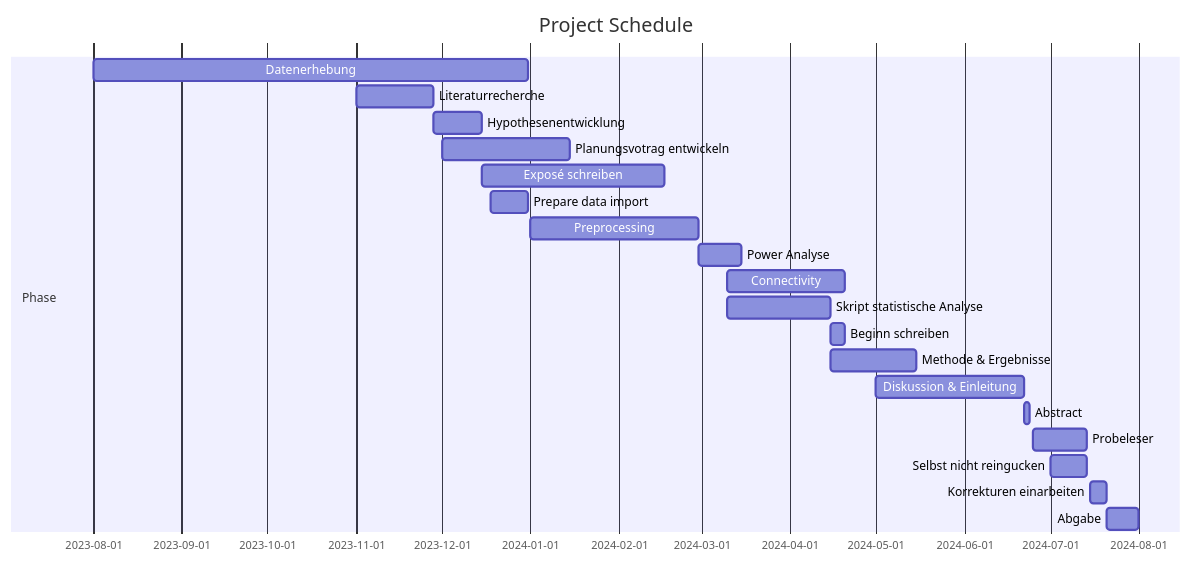
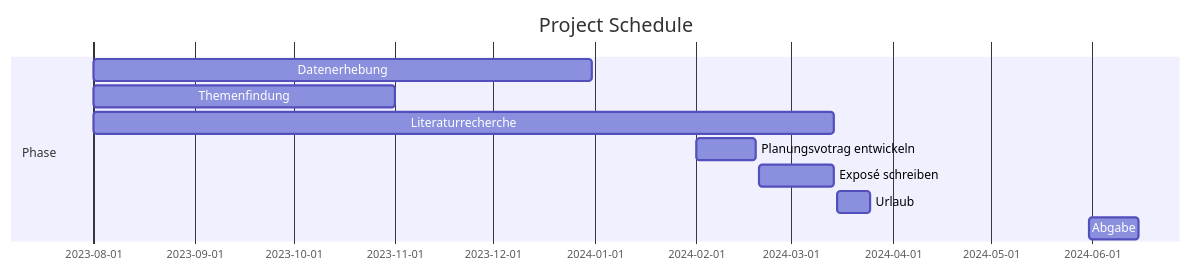
The diagram in README.md (JankaMarlene/masters_thesis), drawn with Mermaid before and after one commit.

````diff
--- a/README.md
+++ b/README.md
@@ -4,25 +4,14 @@
 ```mermaid
 gantt
     title Project Schedule
     dateFormat YYYY-MM-DD
 
     section Phase
     Datenerhebung              : 2023-08-01, 2023-12-31
-    Literaturrecherche         : 2023-11-01, 2023-11-28
-    Hypothesenentwicklung      : 2023-11-28, 2023-12-15
-    Planungsvotrag entwickeln : 2023-12-01, 2024-01-15
-    Exposé schreiben           :2023-12-15, 2024-02-17
-    Prepare data import        : 2023-12-18, 2023-12-31
-    Preprocessing              : 2024-01-01, 2024-02-29
-    Power Analyse              : 2024-02-29, 2024-03-15
-    Connectivity               : 2024-03-10, 2024-04-20
-    Skript statistische Analyse : 2024-03-10, 2024-04-15
-    Beginn schreiben           : 2024-04-15, 2024-04-20
-    Methode & Ergebnisse       : 2024-04-15, 2024-05-15
-    Diskussion & Einleitung    : 2024-05-01, 2024-06-22
-    Abstract                   : 2024-06-22, 2024-06-24
-    Probeleser                 : 2024-06-25, 2024-07-14
-    Selbst nicht reingucken    : 2024-07-01, 2024-07-14
-    Korrekturen einarbeiten    : 2024-07-15, 2024-07-21
-    Abgabe                     : 2024-07-21, 2024-08-01
+    Themenfindung              : 2023-08-01, 2023-11-01
+    Literaturrecherche         : 2023-08-01, 2024-03-14
+    Planungsvotrag entwickeln  : 2024-02-01, 2024-02-19
+    Exposé schreiben           : 2024-02-20, 2024-03-14
+    Urlaub                     : 2024-03-15, 2024-03-25
+    Abgabe                     : 2024-05-31, 2024-06-15
 ```
````
